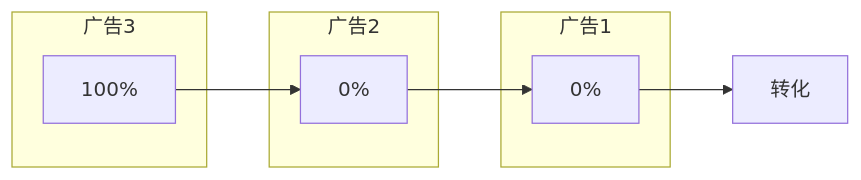
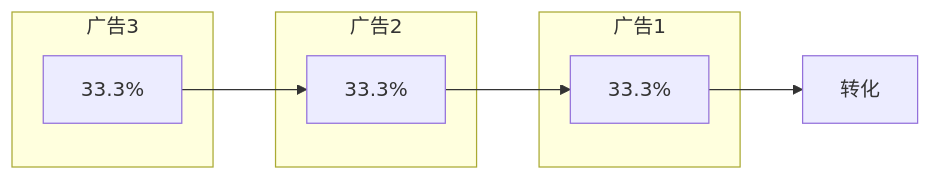
One commit to zrong/blog changed the diagram in plot/2752b.mmd. Above: the diagram before and after it, drawn with Mermaid. The commit also changed 1 other file, not shown here.

```diff
--- a/plot/2752b.mmd
+++ b/plot/2752b.mmd
@@ -1,14 +1,14 @@
 graph LR
-    p1["100%"]
-    p2["0%"]
-    p3["0%"]
+    p1["33.3%"]
+    p2["33.3%"]
+    p3["33.3%"]
     subgraph 广告1
        p3 
     end
     subgraph 广告2
        p2 
     end
     subgraph 广告3
        p1 
     end
     p1 --> p2 --> p3 --> 转化
```
